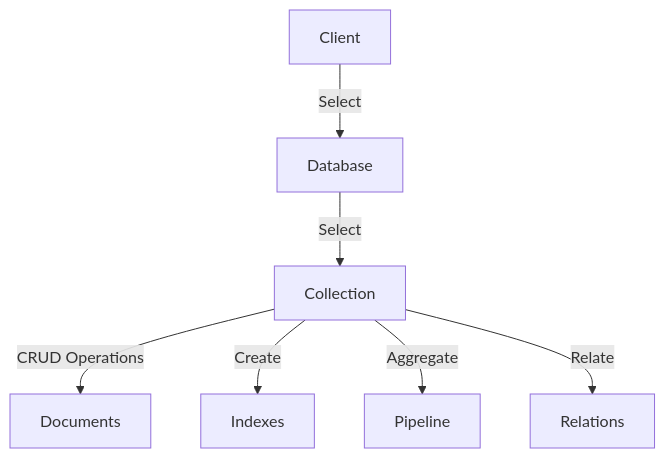
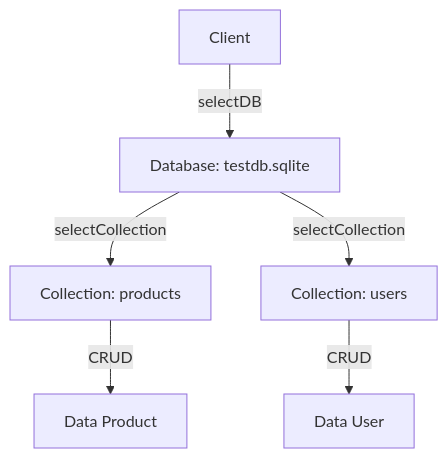
The diagram in README.md (herdianrony/mongolike), drawn with Mermaid before and after one commit.

````diff
--- a/README.md
+++ b/README.md
@@ -3,17 +3,10 @@
 ```mermaid
 
 graph TD
-
-A[Client] -->|Select| B[Database]
-
-B -->|Select| C[Collection]
-
-C -->|CRUD Operations| D[Documents]
-
-C -->|Create| E[Indexes]
-
-C -->|Aggregate| F[Pipeline]
-
-C -->|Relate| G[Relations]
+    A[Client] -->|selectDB| B[Database: testdb.sqlite]
+    B -->|selectCollection| C[Collection: products]
+    B -->|selectCollection| D[Collection: users]
+    C -->|CRUD| E[Data Product]
+    D -->|CRUD| F[Data User]
 
 ```
````
